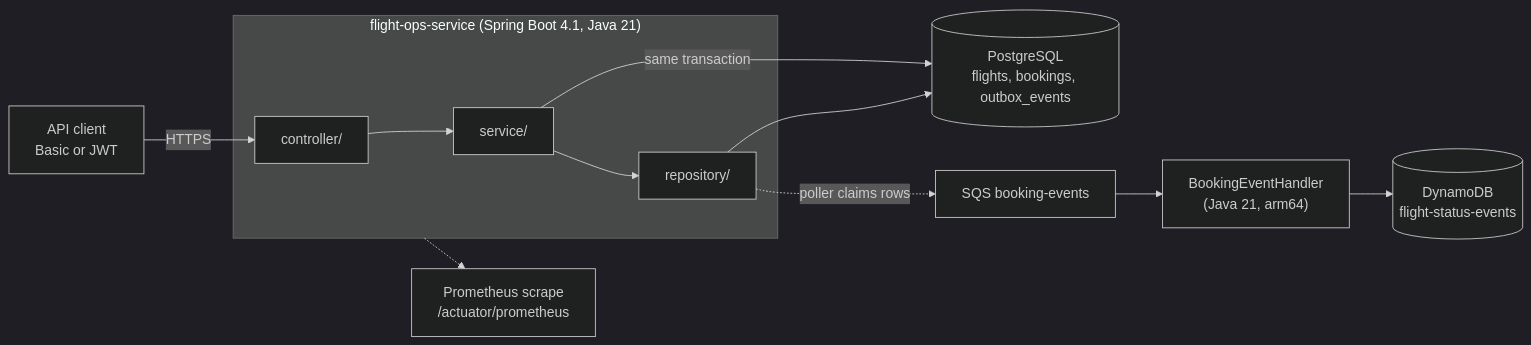
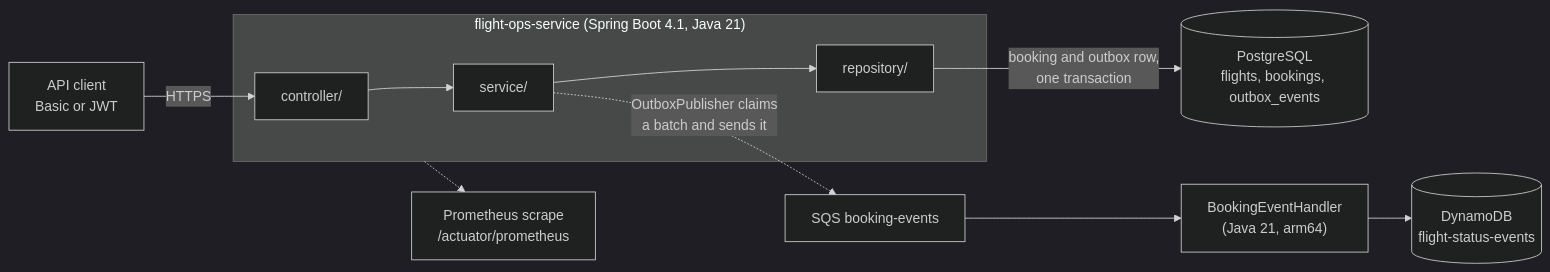
Before and after one commit to smit-lakhani-13/flight-ops-services: the first of 7 diagrams in ARCHITECTURE.md, drawn with Mermaid (dark theme). The commit also changed other lines of this file and 13 other files, not shown here.

````diff
--- a/ARCHITECTURE.md
+++ b/ARCHITECTURE.md
@@ -33,20 +33,20 @@
 ```mermaid
 flowchart LR
     client["API client<br/>Basic or JWT"]
     subgraph service["flight-ops-service (Spring Boot 4.1, Java 21)"]
         controller["controller/"]
         svc["service/"]
         repo["repository/"]
     end
     db[("PostgreSQL<br/>flights, bookings, outbox_events")]
     sqs["SQS booking-events"]
     lambda["BookingEventHandler<br/>(Java 21, arm64)"]
     ddb[("DynamoDB<br/>flight-status-events")]
     prom["Prometheus scrape<br/>/actuator/prometheus"]
 
-    client -->|HTTPS| controller --> svc --> repo --> db
-    svc -->|"same transaction"| db
-    repo -.->|"poller claims rows"| sqs
+    client -->|HTTPS| controller --> svc --> repo
+    repo -->|"booking and outbox row,<br/>one transaction"| db
+    svc -.->|"OutboxPublisher claims<br/>a batch and sends it"| sqs
     sqs --> lambda --> ddb
     service -.-> prom
 ```
````
